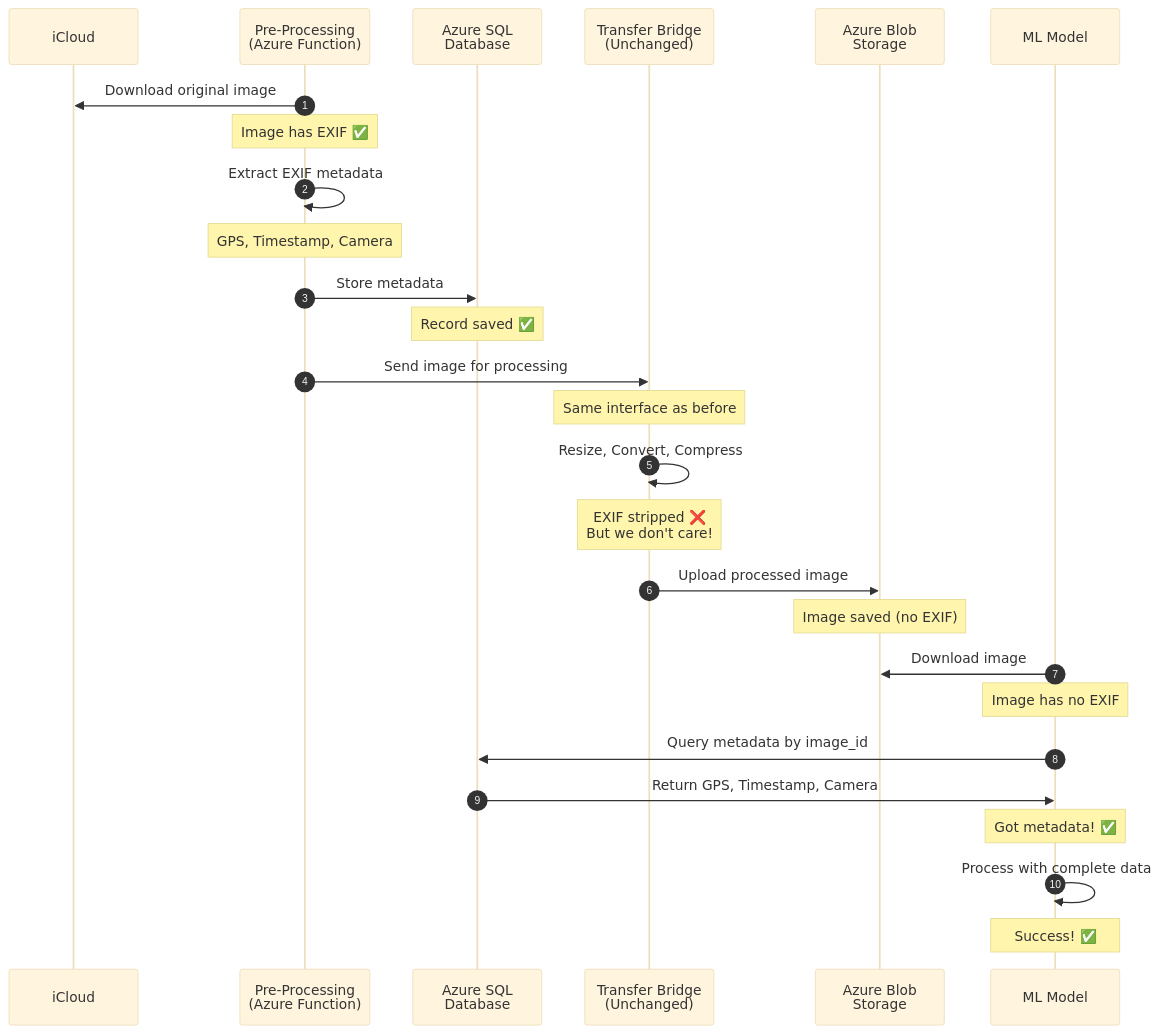
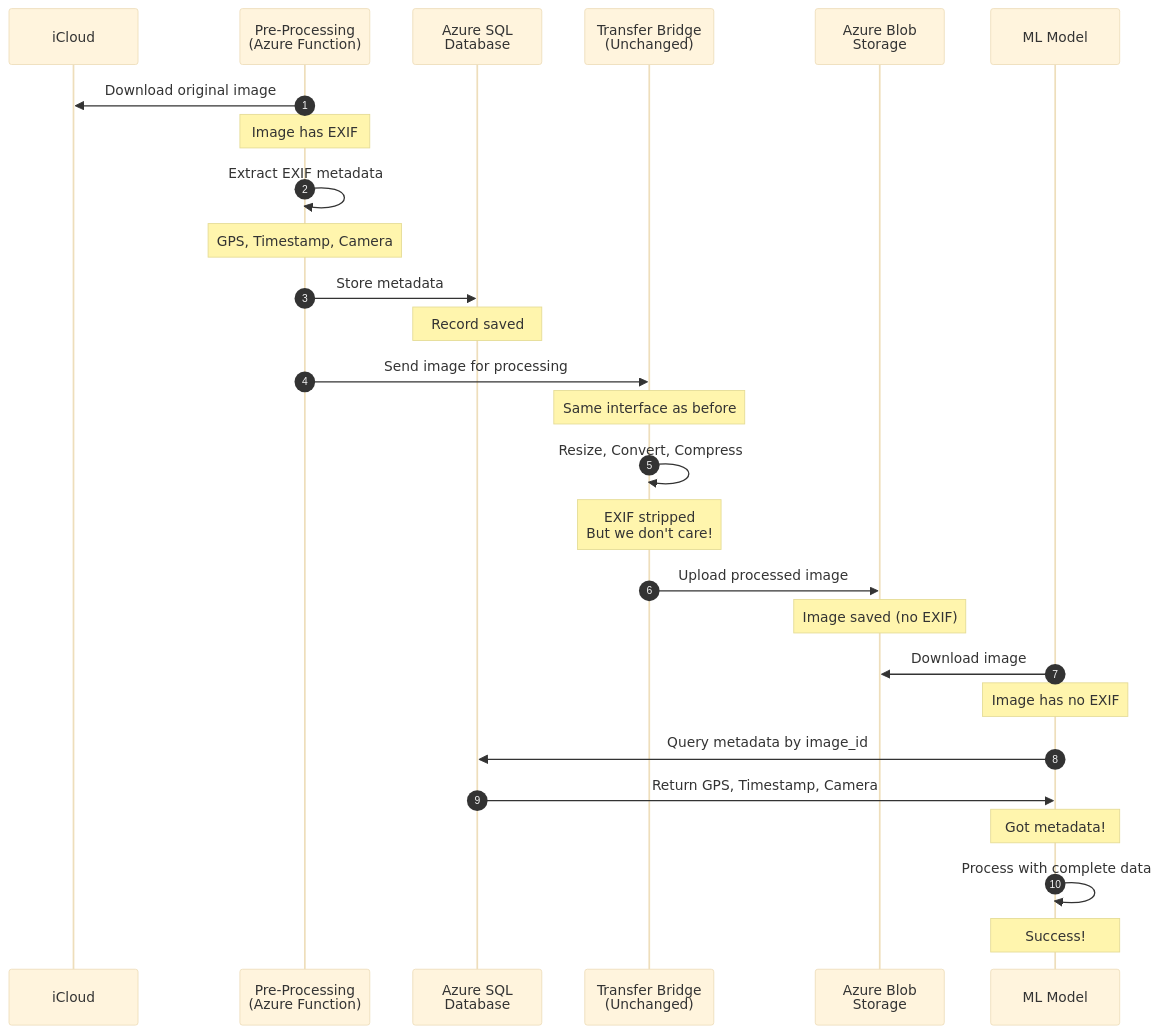
The third of 3 diagrams in 02-The-Bug/02_Solution_Architecture.md (anandSgunti/cloud), drawn with Mermaid (base theme) before and after one commit. The commit also changed other lines of this file, not shown here.

````diff
--- a/02-The-Bug/02_Solution_Architecture.md
+++ b/02-The-Bug/02_Solution_Architecture.md
@@ -200,38 +120,38 @@
 ```mermaid
 sequenceDiagram
     autonumber
     participant iCloud as iCloud
     participant PreProc as Pre-Processing<br/>(Azure Function)
     participant DB as Azure SQL<br/>Database
     participant Bridge as Transfer Bridge<br/>(Unchanged)
     participant Blob as Azure Blob<br/>Storage
     participant ML as ML Model
 
     PreProc->>iCloud: Download original image
-    Note over PreProc: Image has EXIF ✅
+    Note over PreProc: Image has EXIF 
     
     PreProc->>PreProc: Extract EXIF metadata
     Note over PreProc: GPS, Timestamp, Camera
     
     PreProc->>DB: Store metadata
-    Note over DB: Record saved ✅
+    Note over DB: Record saved 
     
     PreProc->>Bridge: Send image for processing
     Note over Bridge: Same interface as before
     
     Bridge->>Bridge: Resize, Convert, Compress
-    Note over Bridge: EXIF stripped ❌<br/>But we don't care!
+    Note over Bridge: EXIF stripped <br/>But we don't care!
     
     Bridge->>Blob: Upload processed image
     Note over Blob: Image saved (no EXIF)
     
     ML->>Blob: Download image
     Note over ML: Image has no EXIF
     
     ML->>DB: Query metadata by image_id
     DB->>ML: Return GPS, Timestamp, Camera
-    Note over ML: Got metadata! ✅
+    Note over ML: Got metadata! 
     
     ML->>ML: Process with complete data
-    Note over ML: Success! ✅
+    Note over ML: Success! 
 ```
````
